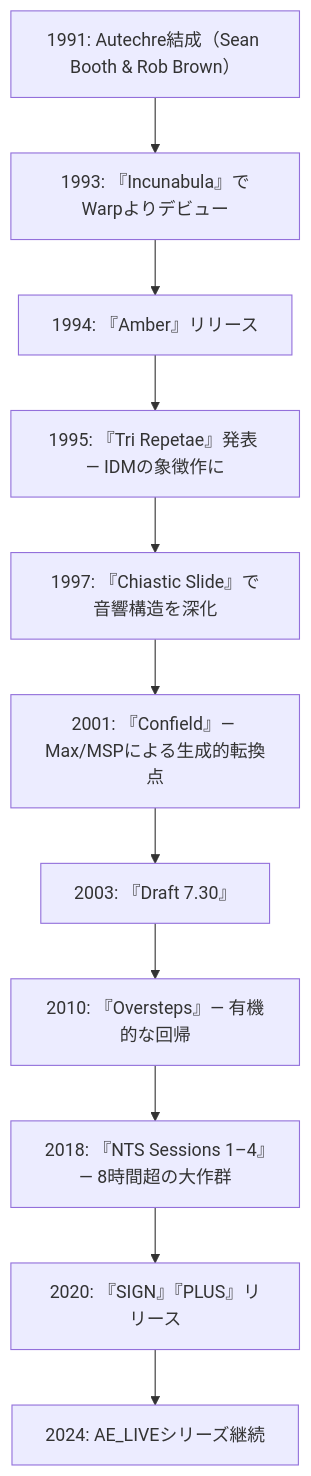
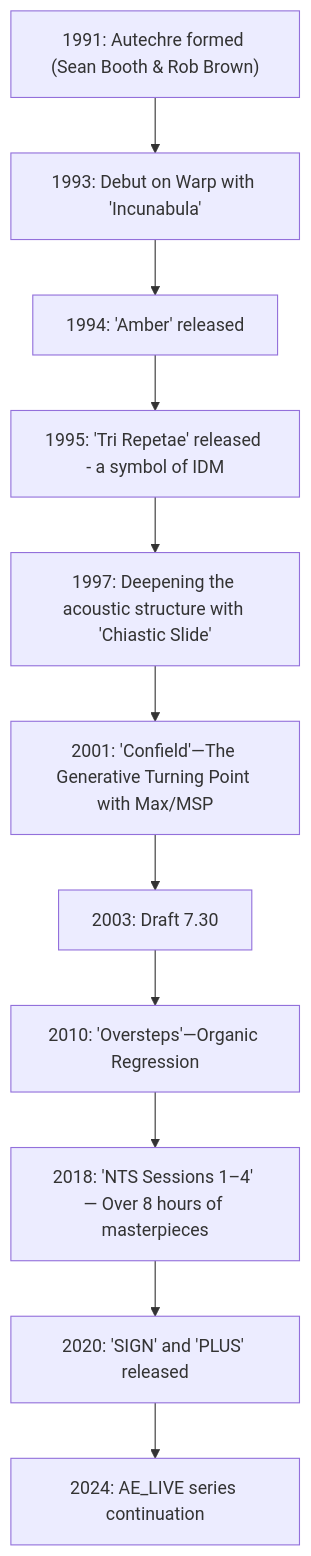
The diagram in en/_posts/2025-10-09-Colum-Autechre.md (monumental-movement/monumental-movement.github.io), drawn with Mermaid before and after one commit. The commit also changed other lines of this file and 1631 other files, not shown here.

```diff
--- a/en/_posts/2025-10-09-Colum-Autechre.md
+++ b/en/_posts/2025-10-09-Colum-Autechre.md
@@ -148,18 +145,18 @@
 <div class="mermaid">
 
 flowchart TD
-    A1991["1991: Autechre結成（Sean Booth & Rob Brown）"]
-    A1993["1993: 『Incunabula』でWarpよりデビュー"]
-    A1994["1994: 『Amber』リリース"]
-    A1995["1995: 『Tri Repetae』発表 — IDMの象徴作に"]
-    A1997["1997: 『Chiastic Slide』で音響構造を深化"]
-    A2001["2001: 『Confield』— Max/MSPによる生成的転換点"]
-    A2003["2003: 『Draft 7.30』"]
-    A2010["2010: 『Oversteps』— 有機的な回帰"]
-    A2018["2018: 『NTS Sessions 1–4』— 8時間超の大作群"]
-    A2020["2020: 『SIGN』『PLUS』リリース"]
-    A2024["2024: AE_LIVEシリーズ継続"]
+    A1991["1991: Autechre formed (Sean Booth & Rob Brown)"]
+    A1993["1993: Debut on Warp with 'Incunabula'"]
+    A1994["1994: 'Amber' released"]
+    A1995["1995: 'Tri Repetae' released - a symbol of IDM"]
+    A1997["1997: Deepening the acoustic structure with 'Chiastic Slide'"]
+    A2001["2001: 'Confield'—The Generative Turning Point with Max/MSP"]
+    A2003["2003: Draft 7.30"]
+    A2010["2010: 'Oversteps'—Organic Regression"]
+    A2018["2018: 'NTS Sessions 1–4' — Over 8 hours of masterpieces"]
+    A2020["2020: 'SIGN' and 'PLUS' released"]
+    A2024["2024: AE_LIVE series continuation"]
 
-    A1991 --> A1993 --> A1994 --> A1995 --> A1997 --> A2001 --> A2003 --> A2010 --> A2018 --> A2020 --> A2024
+A1991 --> A1993 --> A1994 --> A1995 --> A1997 --> A2001 --> A2003 --> A2010 --> A2018 --> A2020 --> A2024
 
 </div>
```
